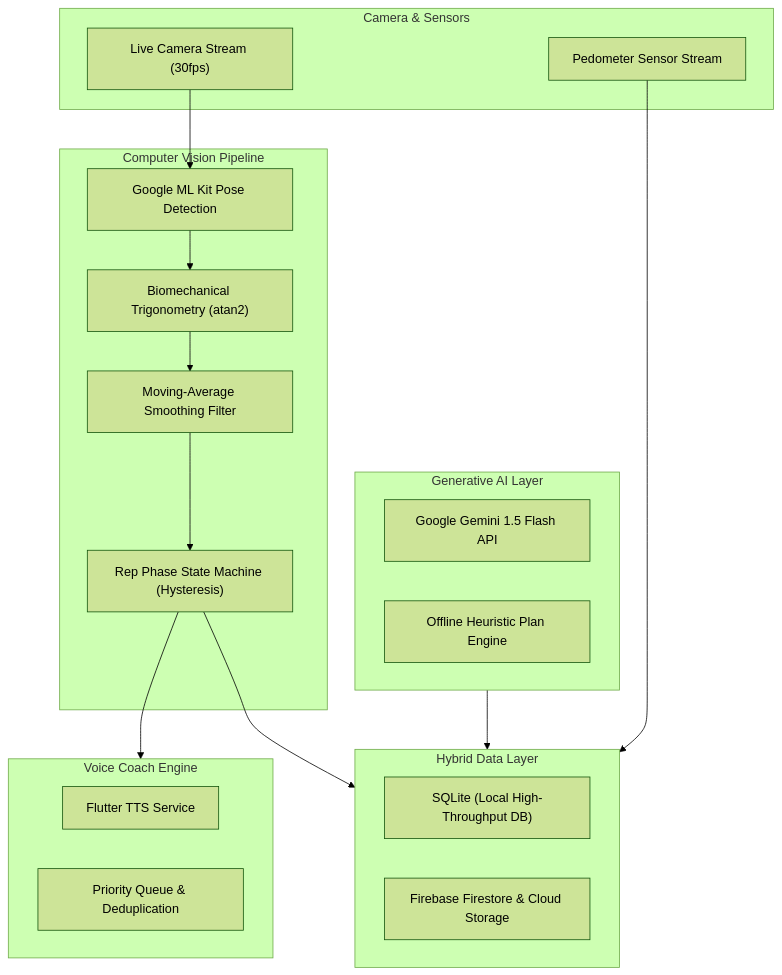
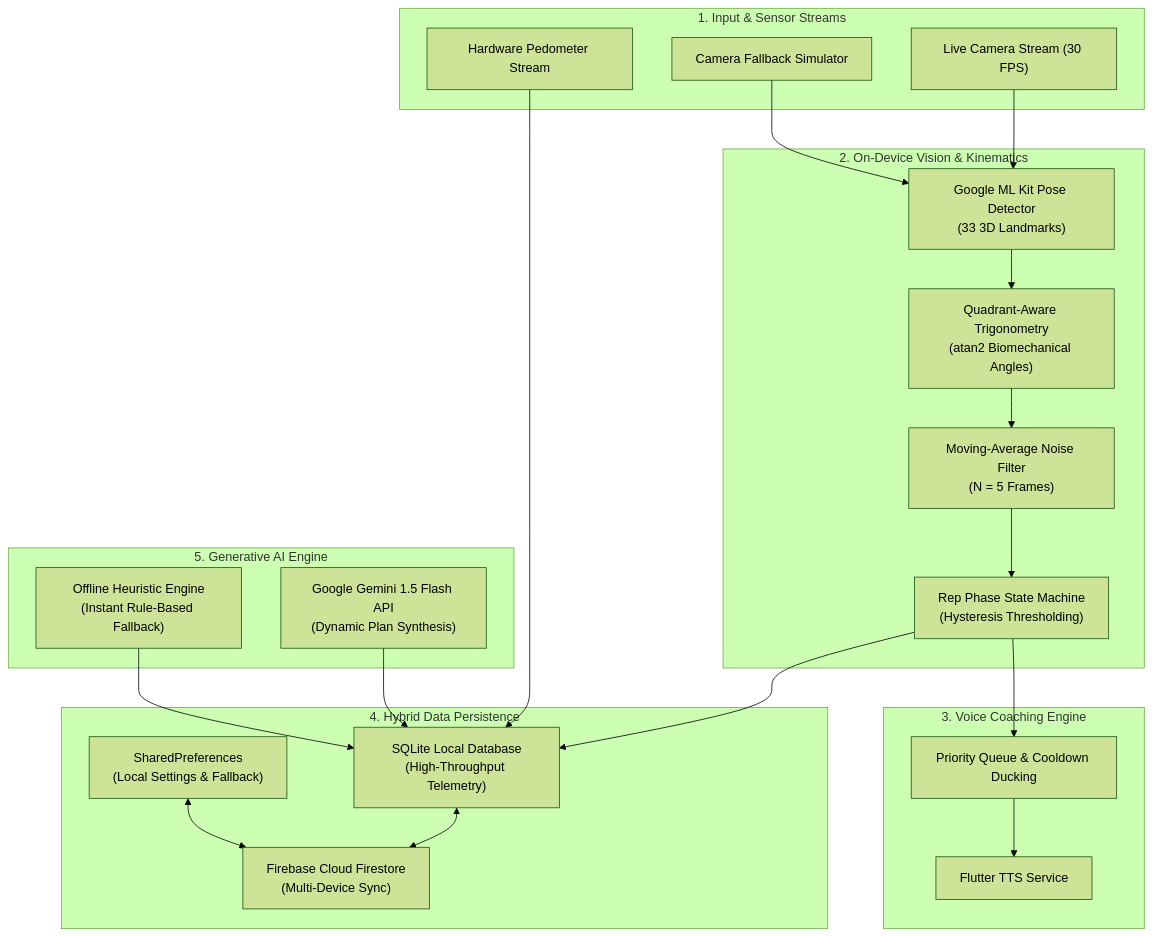
The diagram in README.md (Prakhyat05/LuminAI), drawn with Mermaid (forest theme) before and after one commit. The commit also changed other lines of this file and 1 other file, not shown here.

````diff
--- a/README.md
+++ b/README.md
@@ -34,38 +85,45 @@
 ```mermaid
 graph TD
-    subgraph Input ["Camera & Sensors"]
-        CAM["Live Camera Stream (30fps)"]
-        PED["Pedometer Sensor Stream"]
+    subgraph InputLayer ["1. Input & Sensor Streams"]
+        CAM["Live Camera Stream (30 FPS)"]
+        PED["Hardware Pedometer Stream"]
+        SIM["Camera Fallback Simulator"]
     end
 
-    subgraph Vision ["Computer Vision Pipeline"]
-        MLKIT["Google ML Kit Pose Detection"]
-        GEOM["Biomechanical Trigonometry (atan2)"]
-        SMOOTH["Moving-Average Smoothing Filter"]
-        FSM["Rep Phase State Machine (Hysteresis)"]
+    subgraph VisionPipeline ["2. On-Device Vision & Kinematics"]
+        MLKIT["Google ML Kit Pose Detector<br/>(33 3D Landmarks)"]
+        GEOM["Quadrant-Aware Trigonometry<br/>(atan2 Biomechanical Angles)"]
+        SMOOTH["Moving-Average Noise Filter<br/>(N = 5 Frames)"]
+        FSM["Rep Phase State Machine<br/>(Hysteresis Thresholding)"]
     end
 
-    subgraph AudioEngine ["Voice Coach Engine"]
+    subgraph AudioEngine ["3. Voice Coaching Engine"]
         TTS["Flutter TTS Service"]
-        QUEUE["Priority Queue & Deduplication"]
+        QUEUE["Priority Queue & Cooldown Ducking"]
     end
 
-    subgraph Persistence ["Hybrid Data Layer"]
-        SQLITE["SQLite (Local High-Throughput DB)"]
-        FIREBASE["Firebase Firestore & Cloud Storage"]
+    subgraph DataLayer ["4. Hybrid Data Persistence"]
+        SQLITE["SQLite Local Database<br/>(High-Throughput Telemetry)"]
+        SPREFS["SharedPreferences<br/>(Local Settings & Fallback)"]
+        FIRESTORE["Firebase Cloud Firestore<br/>(Multi-Device Sync)"]
     end
 
-    subgraph AIPlanning ["Generative AI Layer"]
-        GEMINI["Google Gemini 1.5 Flash API"]
-        LOCAL["Offline Heuristic Plan Engine"]
+    subgraph GenerativeAI ["5. Generative AI Engine"]
+        GEMINI["Google Gemini 1.5 Flash API<br/>(Dynamic Plan Synthesis)"]
+        LOCALAI["Offline Heuristic Engine<br/>(Instant Rule-Based Fallback)"]
     end
 
     CAM --> MLKIT
+    SIM --> MLKIT
     MLKIT --> GEOM
     GEOM --> SMOOTH
     SMOOTH --> FSM
-    FSM --> AudioEngine
-    FSM --> Persistence
-    AIPlanning --> Persistence
-    PED --> Persistence
+    FSM --> QUEUE
+    QUEUE --> TTS
+    FSM --> SQLITE
+    PED --> SQLITE
+    SQLITE <--> FIRESTORE
+    SPREFS <--> FIRESTORE
+    GEMINI --> SQLITE
+    LOCALAI --> SQLITE
 ```
````
